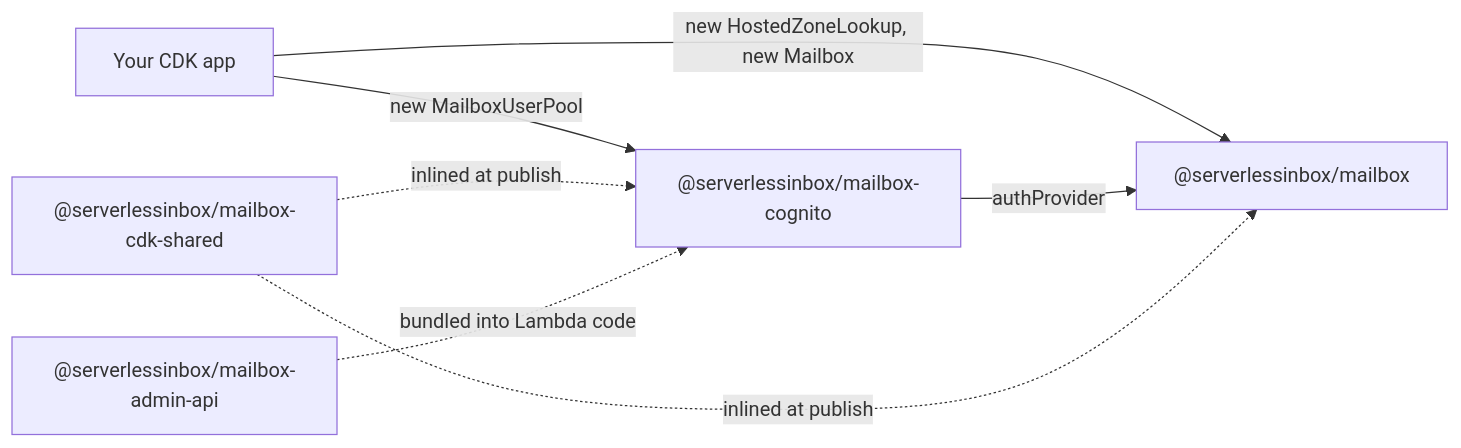
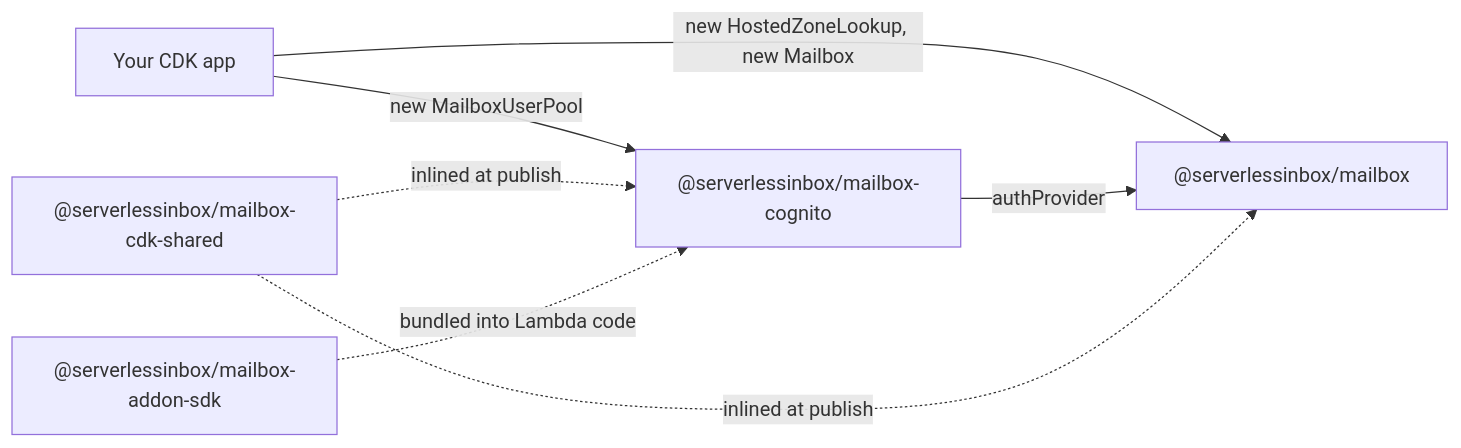
The diagram in README.md (serverlessinbox/mailbox-cdk), drawn with Mermaid before and after one commit. The commit also changed other lines of this file and 50 other files, not shown here.

First line of the commit message:
refactor(mailbox-addon-sdk): rename mailbox-admin-api to mailbox-addon-sdk

````diff
--- a/README.md
+++ b/README.md
@@ -61,9 +61,9 @@
 ```mermaid
 flowchart LR
   app["Your CDK app"] -->|new HostedZoneLookup, new Mailbox| mailbox["@serverlessinbox/mailbox"]
   app -->|new MailboxUserPool| cognito["@serverlessinbox/mailbox-cognito"]
   cognito -->|authProvider| mailbox
   shared["@serverlessinbox/mailbox-cdk-shared"] -. inlined at publish .-> mailbox
   shared -. inlined at publish .-> cognito
-  adminapi["@serverlessinbox/mailbox-admin-api"] -. bundled into Lambda code .-> cognito
+  adminapi["@serverlessinbox/mailbox-addon-sdk"] -. bundled into Lambda code .-> cognito
 ```
````
